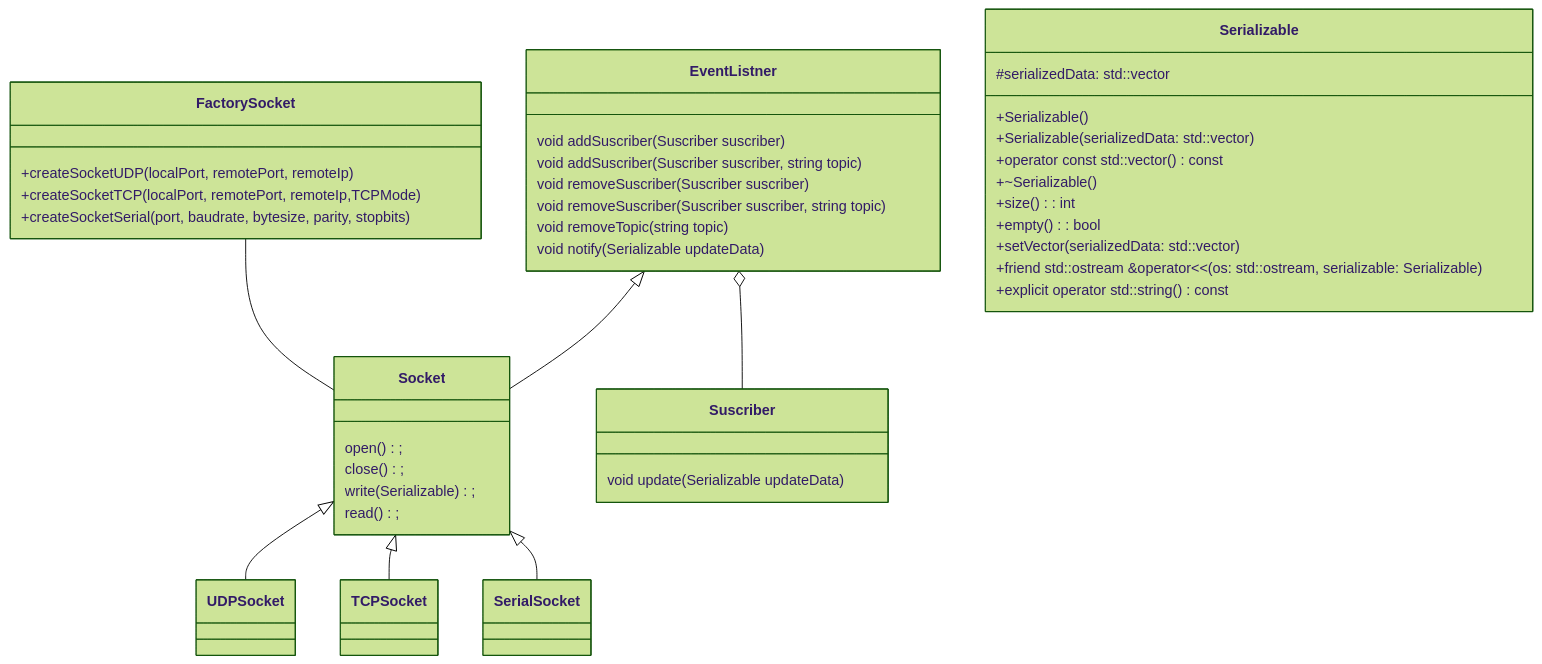
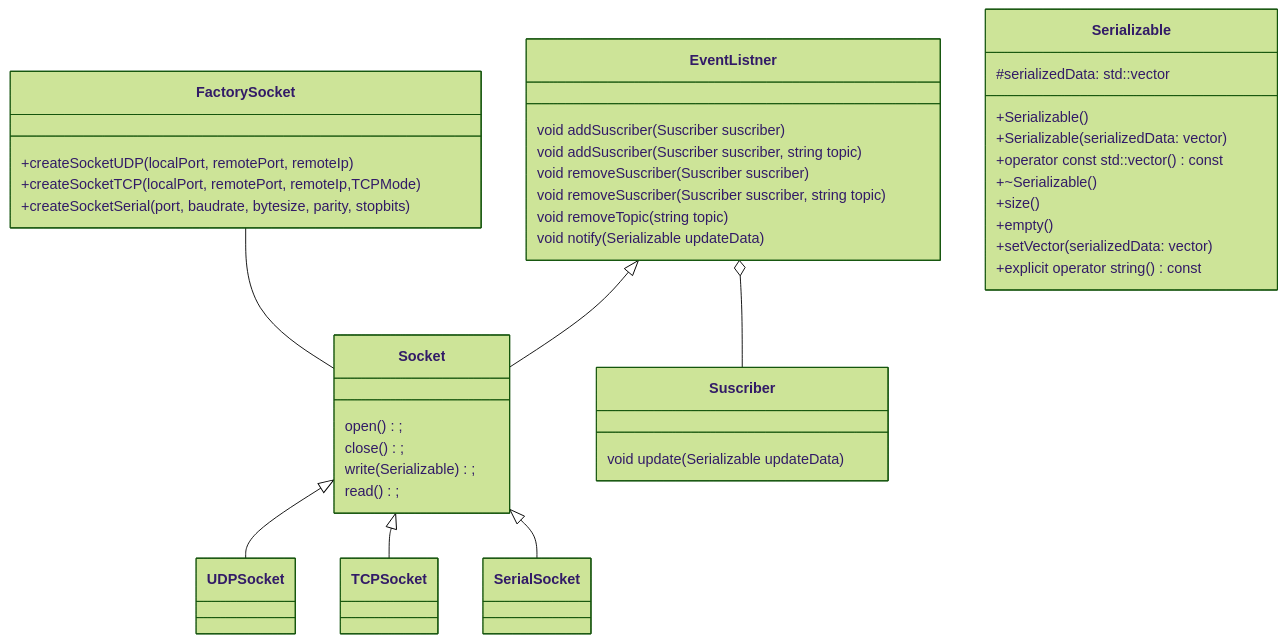
One commit to craboftw/Socket changed the diagram in README.md. Above: the diagram before and after it, drawn with Mermaid (forest theme).

````diff
--- a/README.md
+++ b/README.md
@@ -3,50 +3,49 @@
 ```mermaid
 classDiagram 
 Socket <|-- UDPSocket
 Socket <|-- TCPSocket
 Socket <|-- SerialSocket
 EventListner <|-- Socket
 EventListner o-- Suscriber
 %% FactorySocket creates Socket and text it
 FactorySocket --  Socket
 
 class FactorySocket{
     +createSocketUDP(localPort, remotePort, remoteIp)
     +createSocketTCP(localPort, remotePort, remoteIp,TCPMode)
     +createSocketSerial(port, baudrate, bytesize, parity, stopbits)
 }
 
 class Socket{
     open();
     close();
     write(Serializable);
     read();
 }
 
 class Serializable {
     +Serializable()
-    +Serializable(serializedData: std::vector<uint8_t>)
-    +operator const std::vector<uint8_t>() const
+    +Serializable(serializedData: vector<bytes>)
+    +operator const std::vector<bytes>() const
     +~Serializable()
-    +size(): int
-    +empty(): bool
-    #serializedData: std::vector<uint8_t>
-    +setVector(serializedData: std::vector<uint8_t>)
-    +friend std::ostream &operator<<(os: std::ostream, serializable: Serializable)
-    +explicit operator std::string() const
+    +size()
+    +empty()
+    #serializedData: std::vector<bytes>
+    +setVector(serializedData: vector<bytes>)
+    +explicit operator string() const
 }
 
 class Suscriber{
     void update(Serializable updateData)
 }
 
 class EventListner{
     void addSuscriber(Suscriber suscriber)
     void addSuscriber(Suscriber suscriber, string topic)
     void removeSuscriber(Suscriber suscriber)
     void removeSuscriber(Suscriber suscriber, string topic)
     void removeTopic(string topic)
     void notify(Serializable updateData)
 }
 
 ```
````
